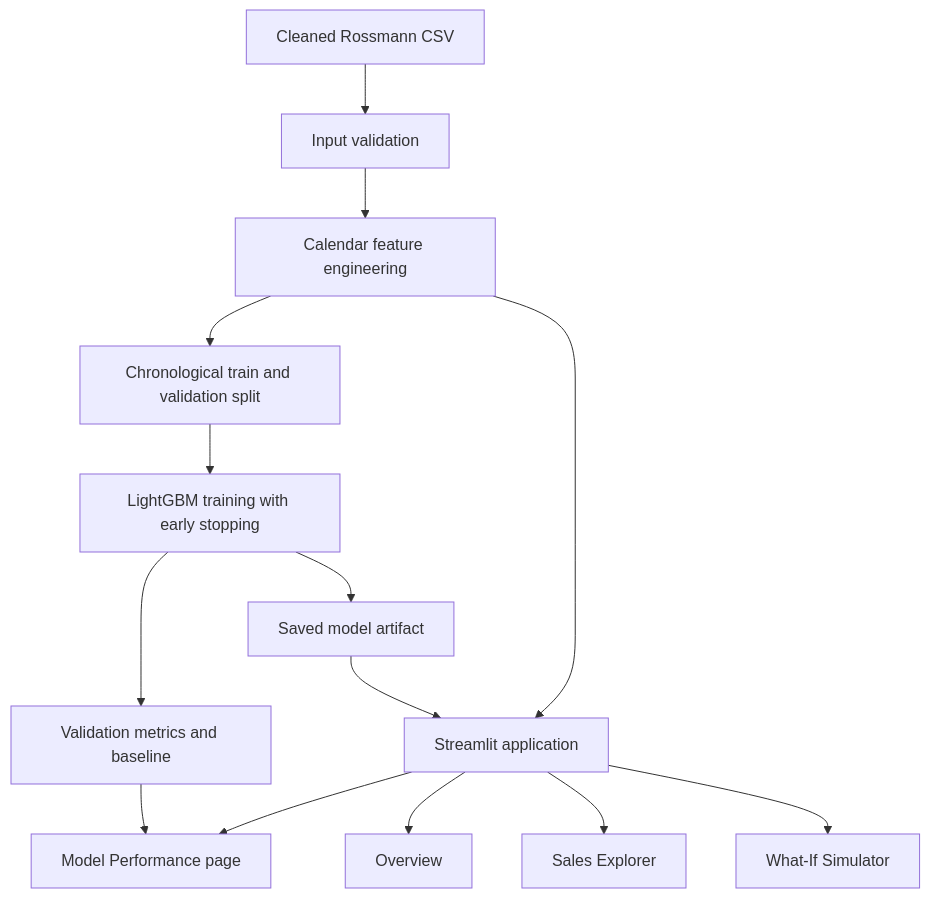
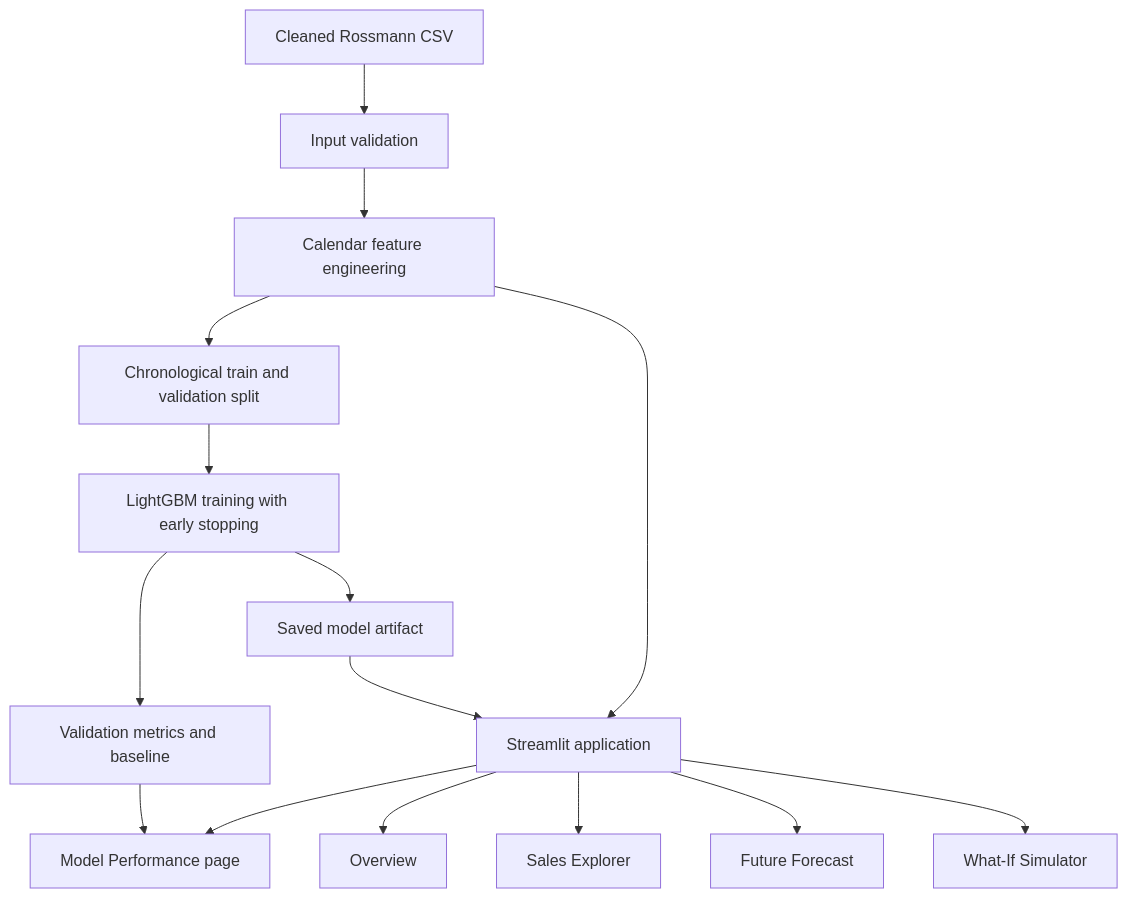
One commit to 404boys/AI-Powered-Sales-Analysis-Forecasting-System changed the diagram in docs/PROJECT_ARCHITECTURE.md. Above: the diagram before and after it, drawn with Mermaid. The commit also changed other lines of this file, not shown here.

Commit message:
Document recursive future forecasting across project guides

````diff
--- a/docs/PROJECT_ARCHITECTURE.md
+++ b/docs/PROJECT_ARCHITECTURE.md
@@ -5,16 +5,17 @@
 ```mermaid
 flowchart TD
     A[Cleaned Rossmann CSV] --> B[Input validation]
     B --> C[Calendar feature engineering]
     C --> D[Chronological train and validation split]
     D --> E[LightGBM training with early stopping]
     E --> F[Validation metrics and baseline]
     E --> G[Saved model artifact]
     F --> H[Model Performance page]
     G --> I[Streamlit application]
     C --> I
     I --> J[Overview]
     I --> K[Sales Explorer]
-    I --> L[What-If Simulator]
+    I --> L[Future Forecast]
+    I --> M[What-If Simulator]
     I --> H
 ```
````
